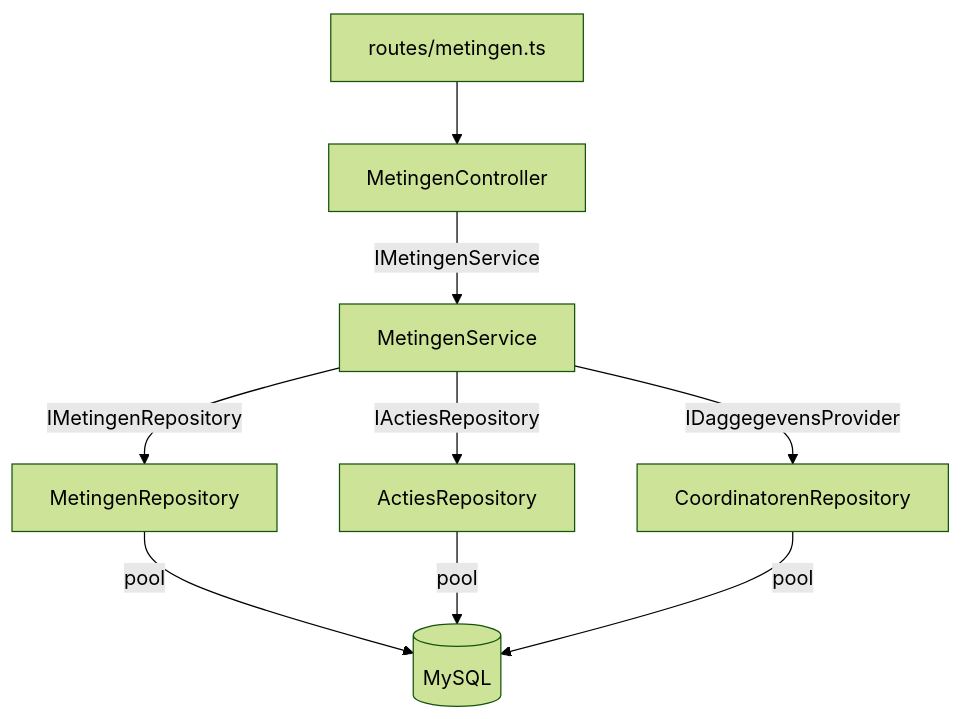
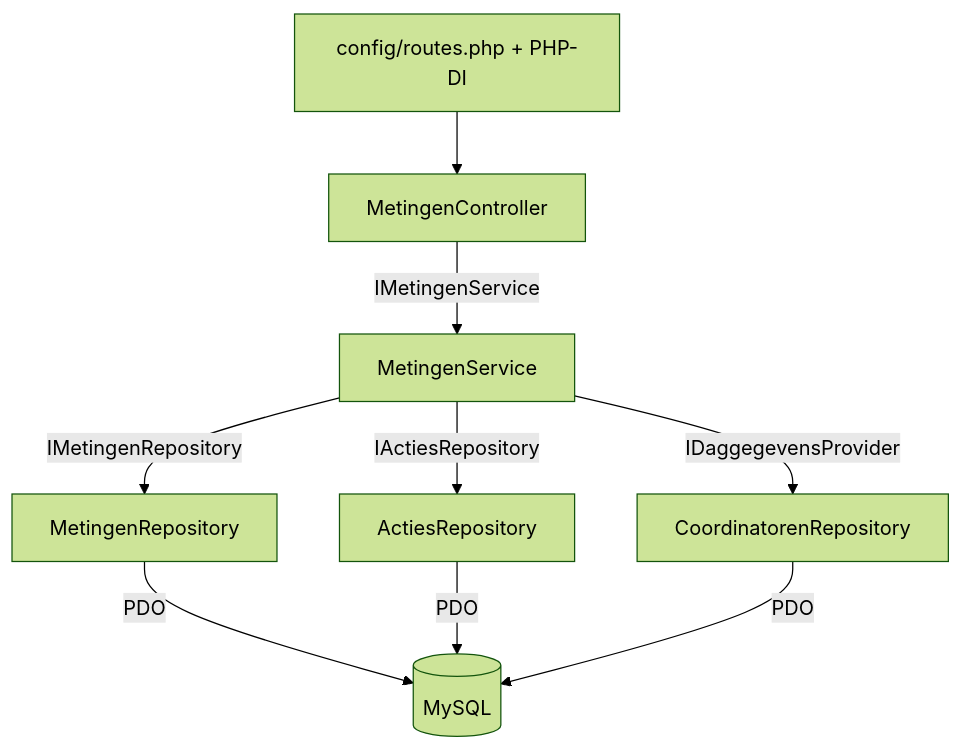
Before and after one commit to pjgheijmans/NewSiteWaterbeheerDeBercken: the ninth of 10 diagrams in docs/EDS.md, drawn with Mermaid (forest theme). The commit also changed other lines of this file and 1 other file, not shown here.

First line of the commit message:
docs: werk EPS/EDS bij naar de PHP-backend

````diff
--- a/docs/EDS.md
+++ b/docs/EDS.md
@@ -922,9 +953,9 @@
 ```mermaid
 graph TB
-    F["routes/metingen.ts"] --> Ctrl["MetingenController"]
+    F["config/routes.php + PHP-DI"] --> Ctrl["MetingenController"]
     Ctrl -->|IMetingenService| Svc["MetingenService"]
     Svc -->|IMetingenRepository| R1["MetingenRepository"]
     Svc -->|IActiesRepository| R2["ActiesRepository"]
     Svc -->|IDaggegevensProvider| R3["CoordinatorenRepository"]
-    R1 & R2 & R3 -->|pool| DB[("MySQL")]
+    R1 & R2 & R3 -->|PDO| DB[("MySQL")]
 ```
````
